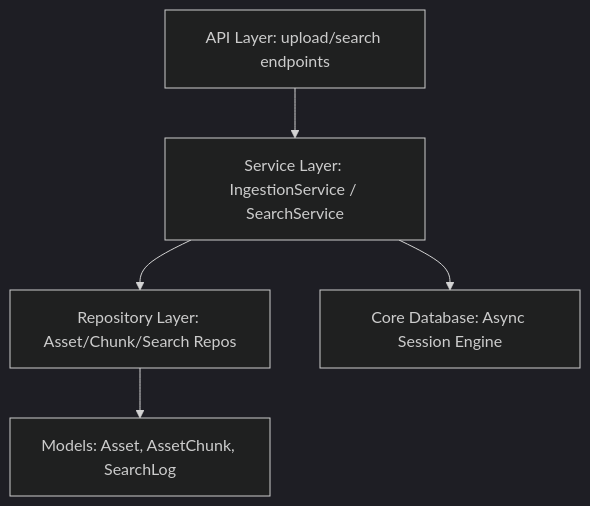
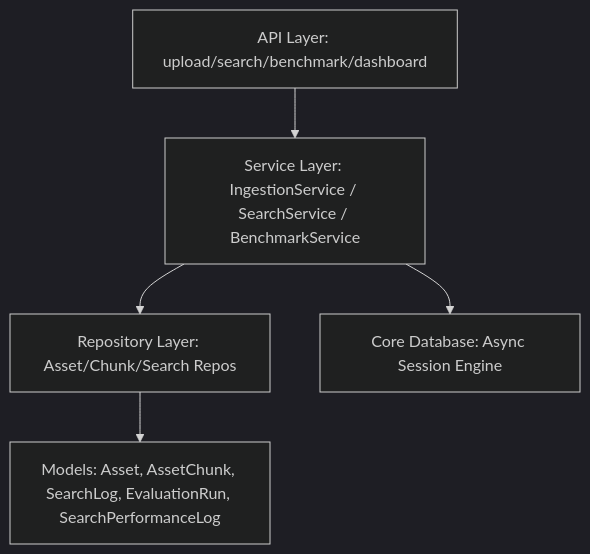
The diagram in docs/architecture.md (AhmedIbrahim464503/OMNISEEK), drawn with Mermaid (dark theme) before and after one commit. The commit also changed other lines of this file and 11 other files, not shown here.

````diff
--- a/docs/architecture.md
+++ b/docs/architecture.md
@@ -30,7 +39,7 @@
 ```mermaid
 graph TD
-    API[API Layer: upload/search endpoints] --> Services[Service Layer: IngestionService / SearchService]
+    API[API Layer: upload/search/benchmark/dashboard] --> Services[Service Layer: IngestionService / SearchService / BenchmarkService]
     Services --> Repositories[Repository Layer: Asset/Chunk/Search Repos]
-    Repositories --> Models[Models: Asset, AssetChunk, SearchLog]
+    Repositories --> Models[Models: Asset, AssetChunk, SearchLog, EvaluationRun, SearchPerformanceLog]
     Services --> DB[Core Database: Async Session Engine]
 ```
````
